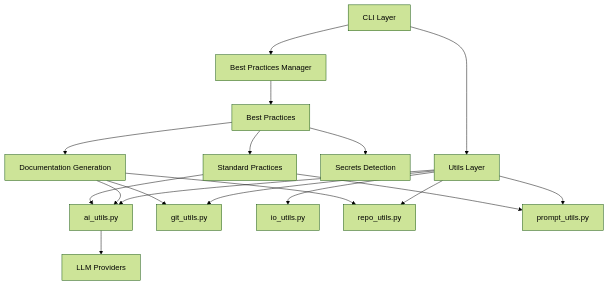
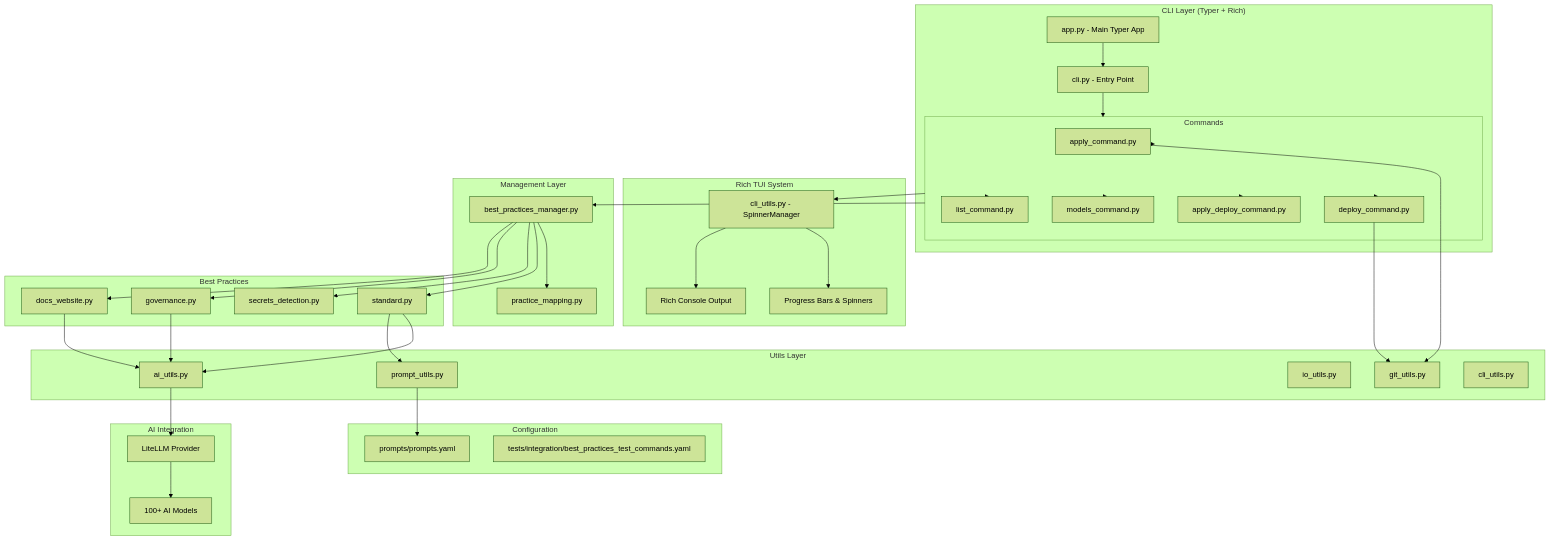
One commit to NASA-AMMOS/slim-cli changed the first of 3 diagrams in ARCHITECTURE.md. Above: the diagram before and after it, drawn with Mermaid (forest theme). The commit also changed other lines of this file and 3 other files, not shown here.

````diff
--- a/ARCHITECTURE.md
+++ b/ARCHITECTURE.md
@@ -17,20 +18,78 @@
 ```mermaid
 graph TB
-    CLI[CLI Layer] --> Manager[Best Practices Manager]
-    CLI --> Utils[Utils Layer]
-    Manager --> BP[Best Practices]
-    BP --> Standard[Standard Practices]
-    BP --> Secrets[Secrets Detection]
-    BP --> DocGen[Documentation Generation]
-    Utils --> AI[ai_utils.py]
-    Utils --> Git[git_utils.py]
-    Utils --> IO[io_utils.py]
-    Utils --> Repo[repo_utils.py]
-    Utils --> Prompt[prompt_utils.py]
-    AI --> LLM[LLM Providers]
-    DocGen --> AI
-    DocGen --> Repo
-    DocGen --> Git
-    Standard --> AI
-    Standard --> Prompt
+    subgraph "CLI Layer (Typer + Rich)"
+        App[app.py - Main Typer App]
+        CLI[cli.py - Entry Point] 
+        Commands[Commands Layer]
+        App --> CLI
+        CLI --> Commands
+    end
+    
+    subgraph "Commands"
+        Apply[apply_command.py]
+        Deploy[deploy_command.py]
+        ApplyDeploy[apply_deploy_command.py]
+        Models[models_command.py]
+        List[list_command.py]
+        Commands --> Apply
+        Commands --> Deploy
+        Commands --> ApplyDeploy
+        Commands --> Models
+        Commands --> List
+    end
+    
+    subgraph "Rich TUI System"
+        SpinnerMgr[cli_utils.py - SpinnerManager]
+        Progress[Progress Bars & Spinners]
+        Console[Rich Console Output]
+        SpinnerMgr --> Progress
+        SpinnerMgr --> Console
+    end
+    
+    subgraph "Management Layer"
+        Manager[best_practices_manager.py]
+        Mapping[practice_mapping.py]
+        Manager --> Mapping
+    end
+    
+    subgraph "Best Practices"
+        Standard[standard.py]
+        Secrets[secrets_detection.py]
+        Governance[governance.py]
+        DocsWebsite[docs_website.py]
+        Manager --> Standard
+        Manager --> Secrets
+        Manager --> Governance
+        Manager --> DocsWebsite
+    end
+    
+    subgraph "Utils Layer"
+        AIUtils[ai_utils.py]
+        GitUtils[git_utils.py]
+        IOUtils[io_utils.py]
+        PromptUtils[prompt_utils.py]
+        CLIUtils[cli_utils.py]
+    end
+    
+    subgraph "Configuration"
+        Prompts[prompts/prompts.yaml]
+        TestConfig[tests/integration/best_practices_test_commands.yaml]
+    end
+    
+    subgraph "AI Integration"
+        LiteLLM[LiteLLM Provider]
+        Models100[100+ AI Models]
+        LiteLLM --> Models100
+    end
+    
+    Commands --> SpinnerMgr
+    Commands --> Manager
+    Standard --> AIUtils
+    Standard --> PromptUtils
+    DocsWebsite --> AIUtils
+    Governance --> AIUtils
+    AIUtils --> LiteLLM
+    PromptUtils --> Prompts
+    Apply --> GitUtils
+    Deploy --> GitUtils
 ```
````
